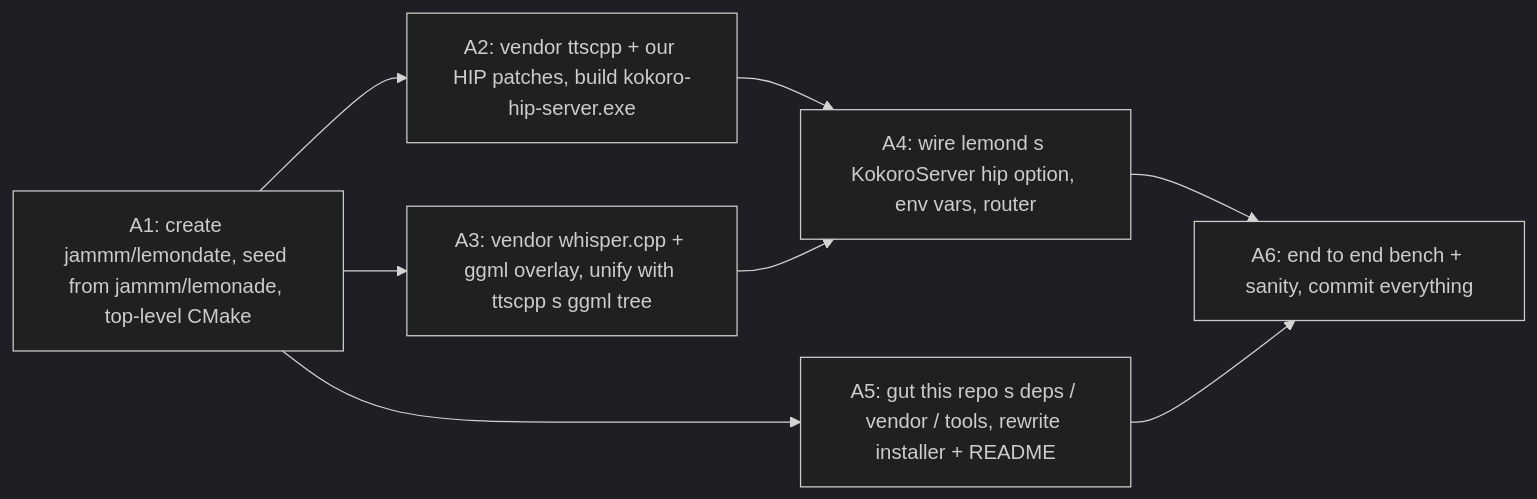
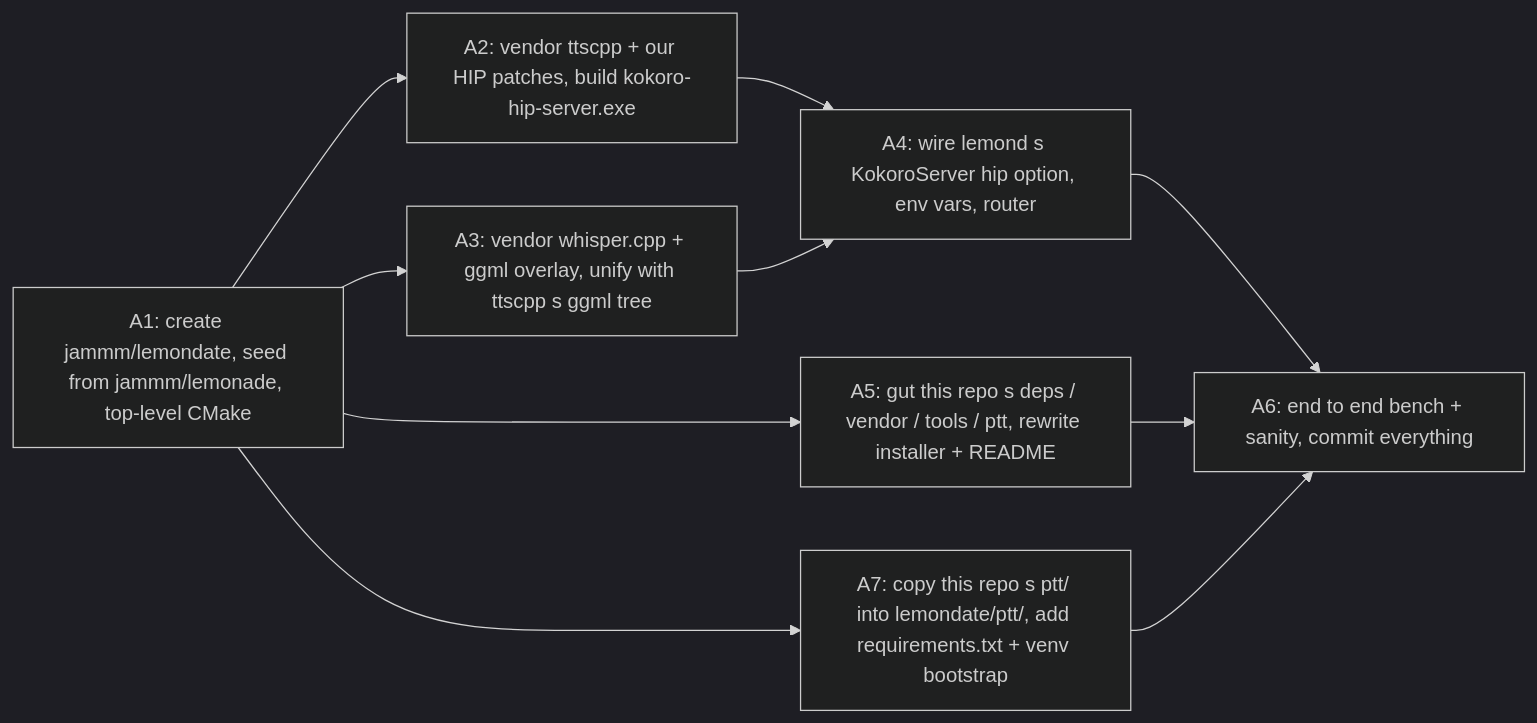
Before and after one commit to jammm/tts_tts_claude_code: the second of 2 diagrams in plans/lemondate-monorepo-split.md, drawn with Mermaid (dark theme). The commit also changed other lines of this file, not shown here.

First line of the commit message:
Move PTT daemon into lemondate in the monorepo split plan

````diff
--- a/plans/lemondate-monorepo-split.md
+++ b/plans/lemondate-monorepo-split.md
@@ -96,10 +109,12 @@
 ```mermaid
 graph LR
     A1[A1: create jammm/lemondate, seed from jammm/lemonade, top-level CMake] --> A2[A2: vendor ttscpp + our HIP patches, build kokoro-hip-server.exe]
     A1 --> A3[A3: vendor whisper.cpp + ggml overlay, unify with ttscpp s ggml tree]
+    A1 --> A7[A7: copy this repo s ptt/ into lemondate/ptt/, add requirements.txt + venv bootstrap]
     A2 --> A4[A4: wire lemond s KokoroServer hip option, env vars, router]
     A3 --> A4
-    A1 --> A5[A5: gut this repo s deps / vendor / tools, rewrite installer + README]
+    A1 --> A5[A5: gut this repo s deps / vendor / tools / ptt, rewrite installer + README]
     A4 --> A6[A6: end to end bench + sanity, commit everything]
     A5 --> A6
+    A7 --> A6
 ```
````
